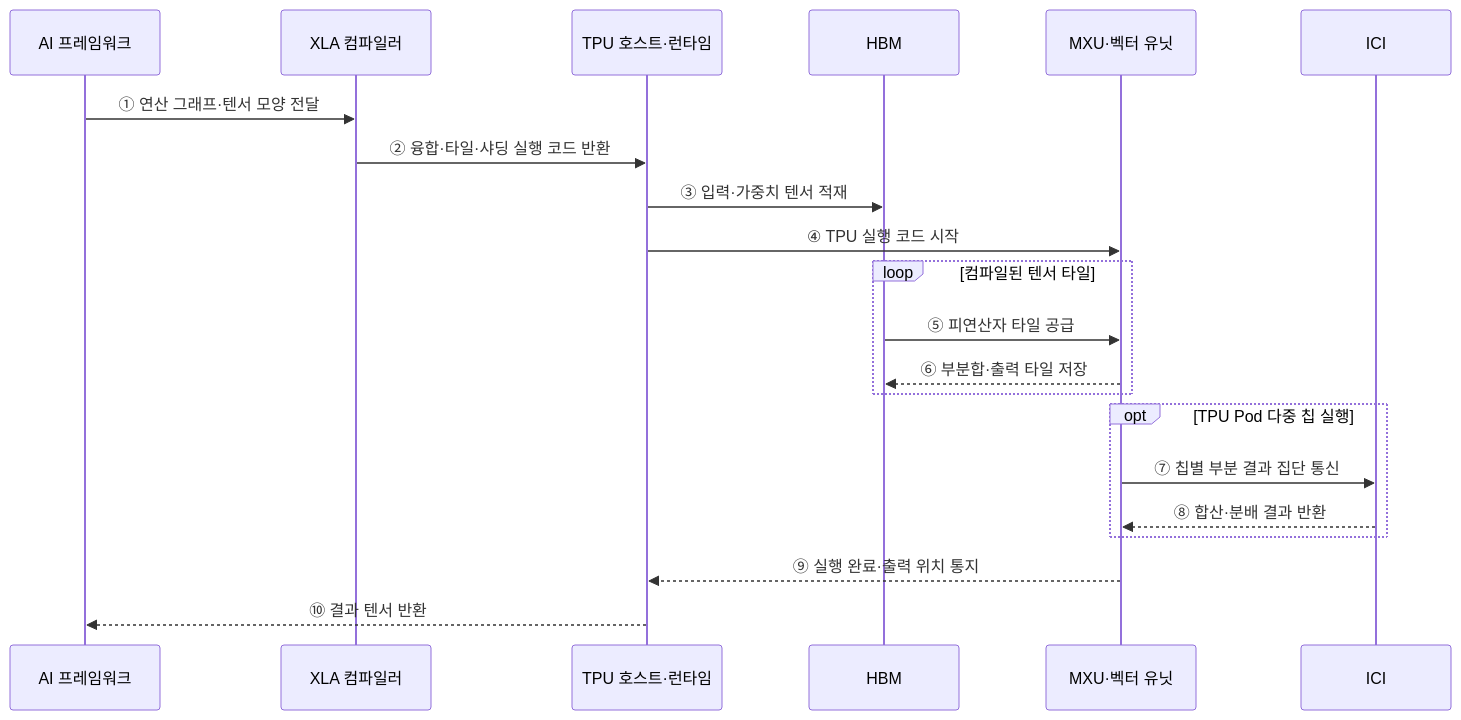
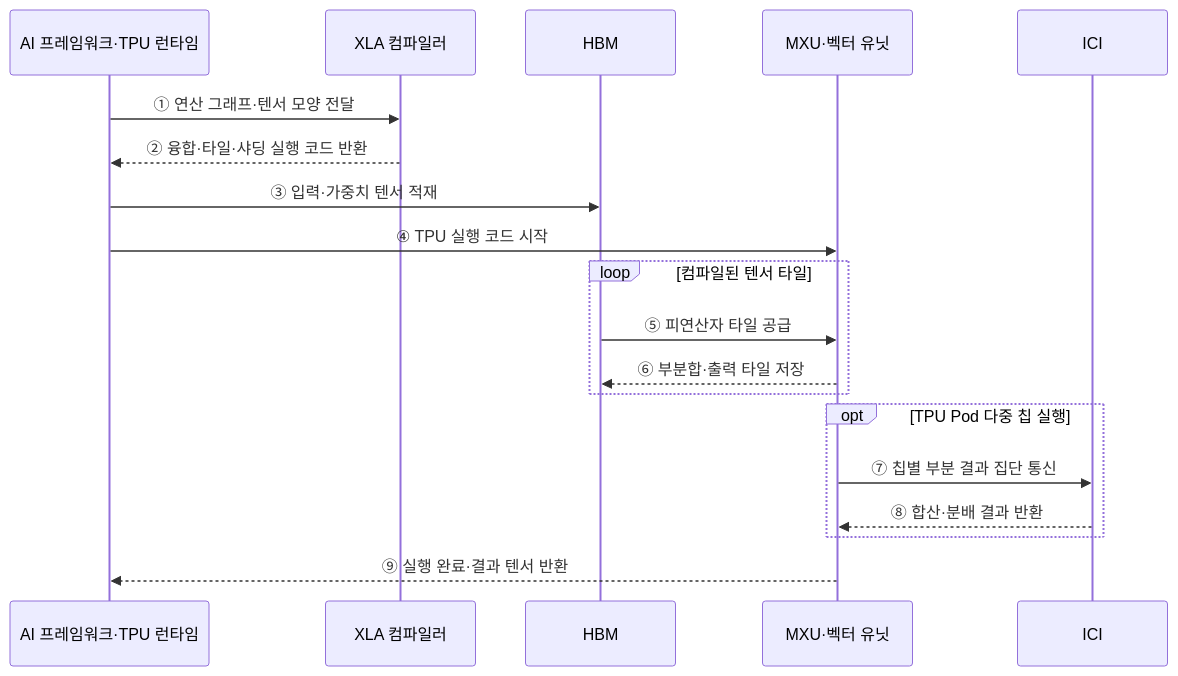
The second of 2 diagrams in src/content/docs/notes/02-hardware/043_tensor_processing_unit.md (agnusdei1207/knowledge-base), drawn with Mermaid before and after one commit. The commit also changed other lines of this file and 20 other files, not shown here.

````diff
--- a/src/content/docs/notes/02-hardware/043_tensor_processing_unit.md
+++ b/src/content/docs/notes/02-hardware/043_tensor_processing_unit.md
@@ -89,24 +80,22 @@
 ```mermaid
 sequenceDiagram
-    participant A as AI 프레임워크
+    participant A as AI 프레임워크·TPU 런타임
     participant X as XLA 컴파일러
-    participant R as TPU 호스트·런타임
     participant H as HBM
     participant C as MXU·벡터 유닛
     participant I as ICI
 
     A->>X: ① 연산 그래프·텐서 모양 전달
-    X->>R: ② 융합·타일·샤딩 실행 코드 반환
-    R->>H: ③ 입력·가중치 텐서 적재
-    R->>C: ④ TPU 실행 코드 시작
+    X-->>A: ② 융합·타일·샤딩 실행 코드 반환
+    A->>H: ③ 입력·가중치 텐서 적재
+    A->>C: ④ TPU 실행 코드 시작
     loop 컴파일된 텐서 타일
         H->>C: ⑤ 피연산자 타일 공급
         C-->>H: ⑥ 부분합·출력 타일 저장
     end
     opt TPU Pod 다중 칩 실행
         C->>I: ⑦ 칩별 부분 결과 집단 통신
         I-->>C: ⑧ 합산·분배 결과 반환
     end
-    C-->>R: ⑨ 실행 완료·출력 위치 통지
-    R-->>A: ⑩ 결과 텐서 반환
+    C-->>A: ⑨ 실행 완료·결과 텐서 반환
 ```
````
